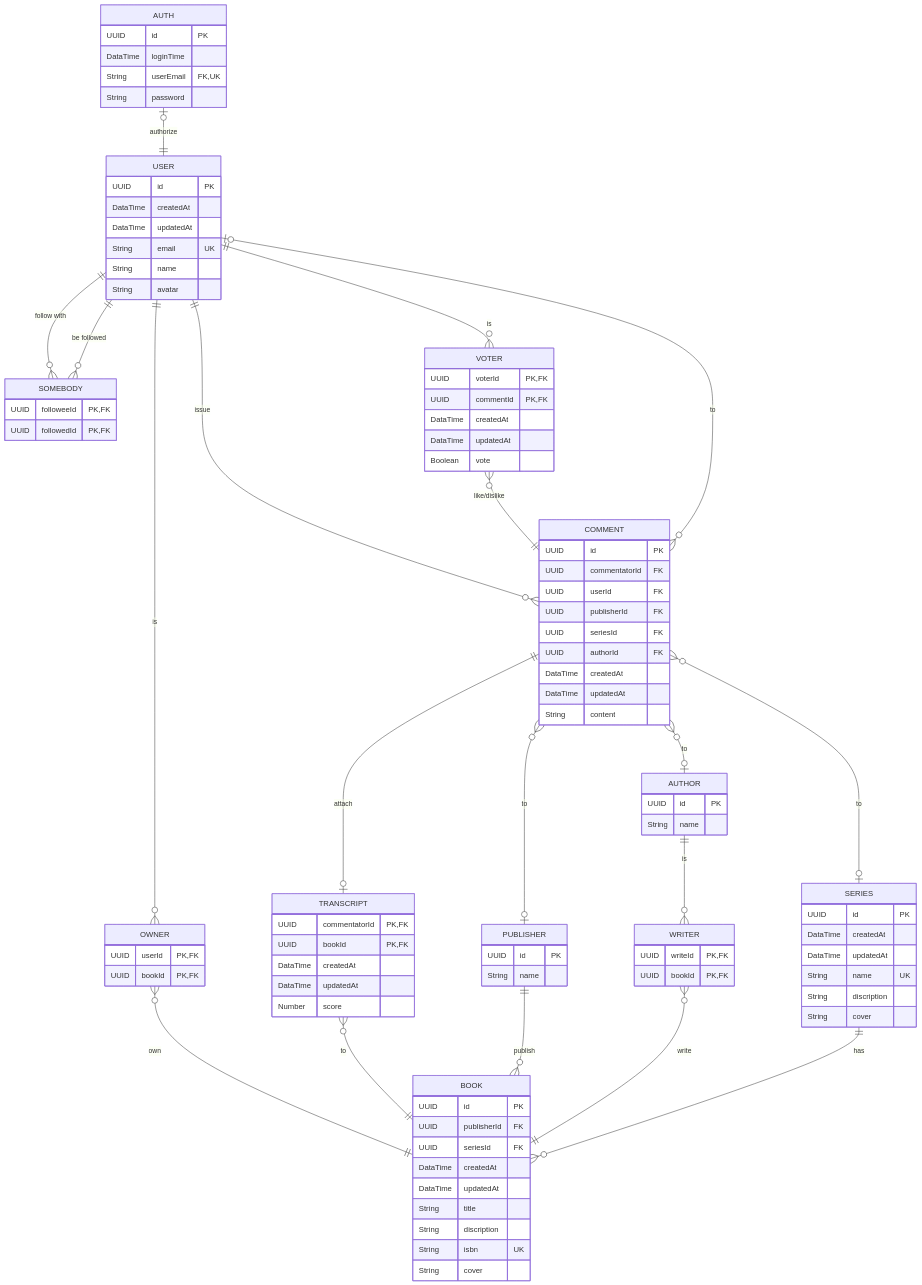
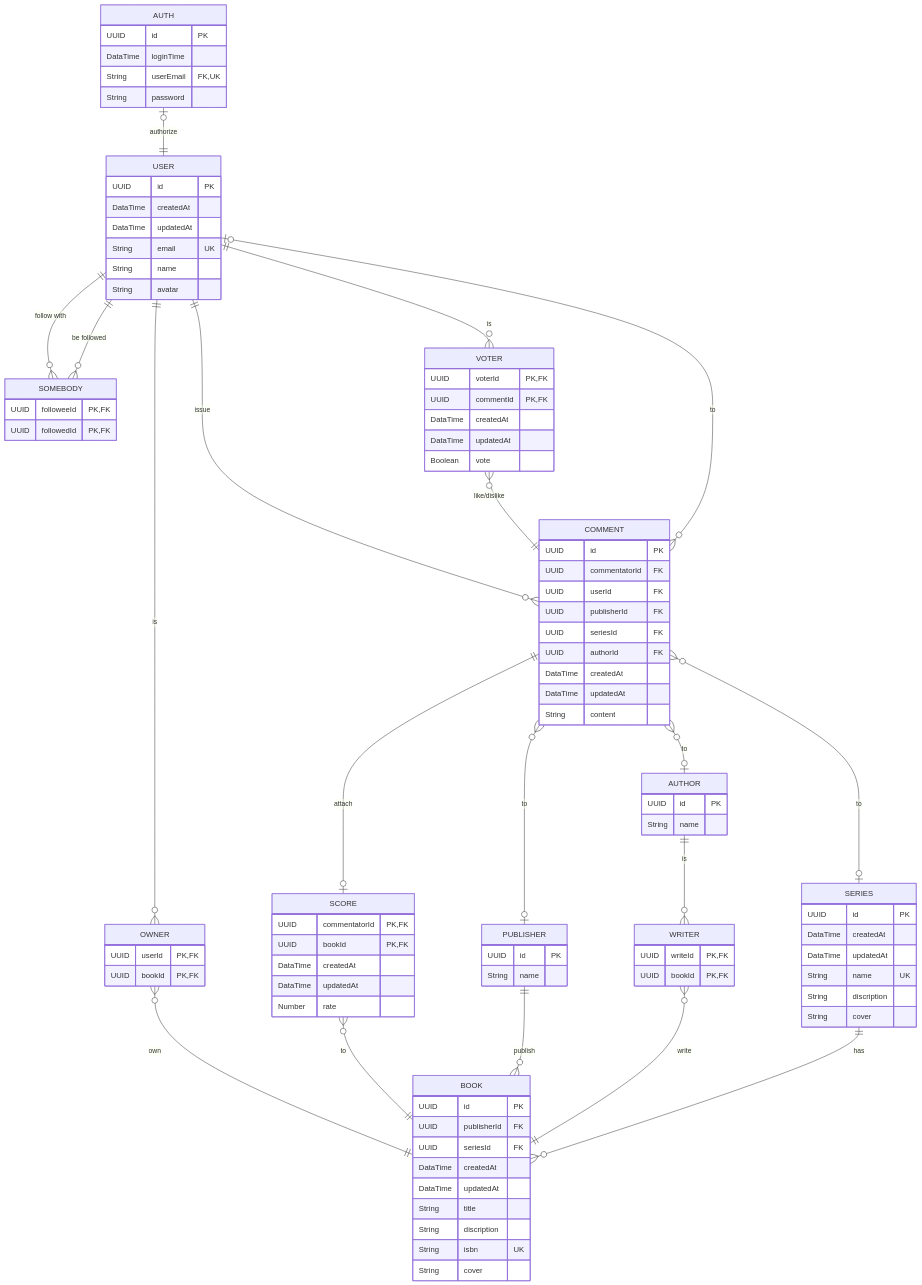
The diagram in packages/database/README.md (mogeko/book-exchange), drawn with Mermaid before and after one commit. The commit also changed 5 other files, not shown here.

Commit message:
feat: rename `Transcript` to `Score`.

```diff
--- a/packages/database/README.md
+++ b/packages/database/README.md
@@ -102,7 +102,7 @@
     DataTime updatedAt
     Boolean  vote
   }
-  COMMENT ||--o| TRANSCRIPT : attach
+  COMMENT ||--o| SCORE      : attach
   COMMENT }o--o| USER       : "to"
   COMMENT }o--o| PUBLISHER  : "to"
   COMMENT }o--o| AUTHOR     : "to"
@@ -118,13 +118,13 @@
     DataTime updatedAt
     String   content
   }
-  TRANSCRIPT }o--|| BOOK : "to"
-  TRANSCRIPT {
+  SCORE }o--|| BOOK : "to"
+  SCORE {
     UUID     commentatorId PK, FK
     UUID     bookId        PK, FK
     DataTime createdAt
     DataTime updatedAt
-    Number   score
+    Number   rate
   }
   PUBLISHER ||--o{ BOOK : publish
   PUBLISHER {
```
